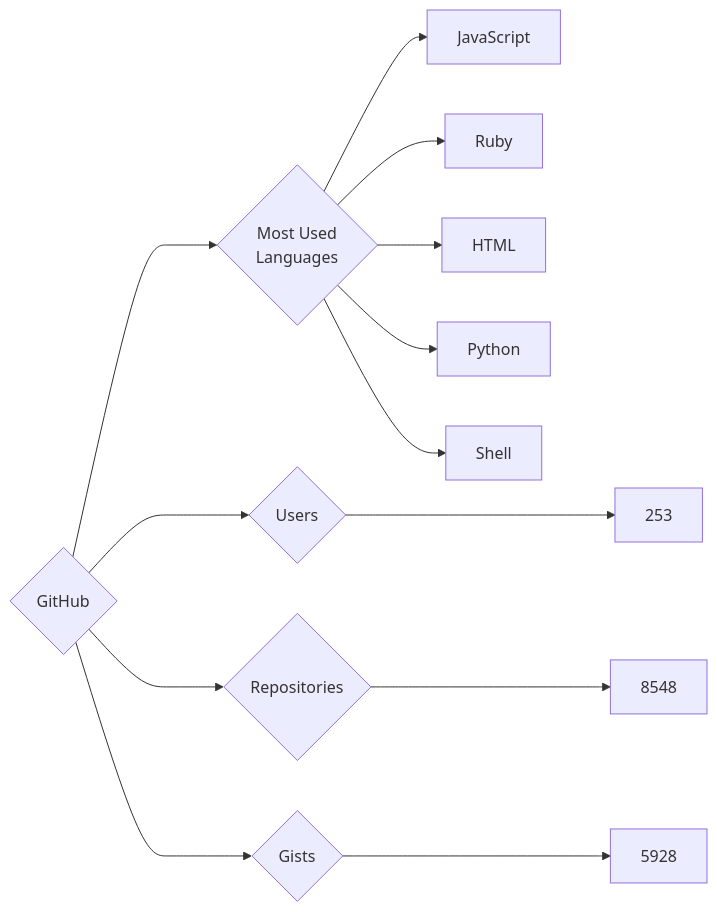
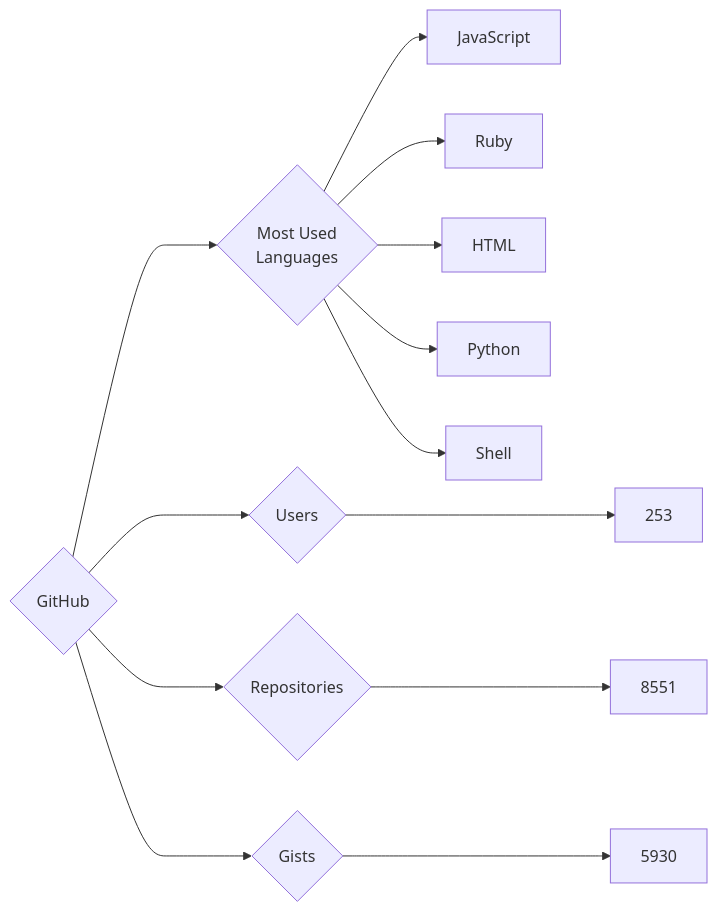
The diagram in targets/GitHub/README.md (trickest/insiders), drawn with Mermaid before and after one commit. The commit also changed 914 other files, not shown here.

````diff
--- a/targets/GitHub/README.md
+++ b/targets/GitHub/README.md
@@ -3,13 +3,13 @@
 ```mermaid
 graph LR
 COMPANY_NAME{GitHub}
 COMPANY_NAME ---> U{Users} ---> UN[253]
-COMPANY_NAME ---> R{Repositories} ---> RN[8548]
-COMPANY_NAME ---> G{Gists} ---> GN[5928]
+COMPANY_NAME ---> R{Repositories} ---> RN[8551]
+COMPANY_NAME ---> G{Gists} ---> GN[5930]
 COMPANY_NAME ---> ML{Most Used<br>Languages}
 ML --> JavaScript[JavaScript]
 ML --> Ruby[Ruby]
 ML --> HTML[HTML]
 ML --> Python[Python]
 ML --> Shell[Shell]
 ```
````
